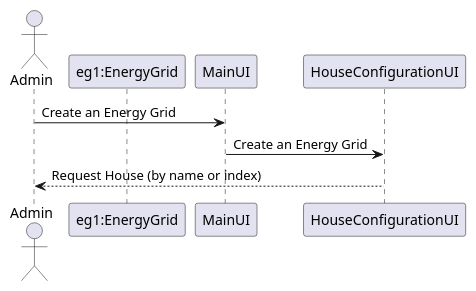
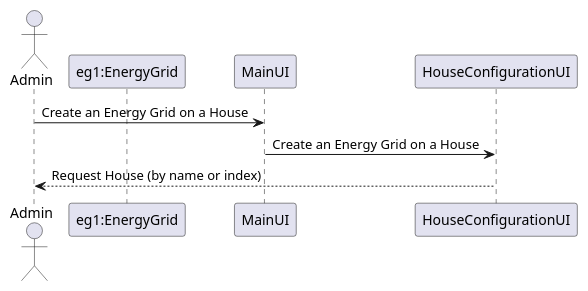
The diagram in src/main/java/pt/ipp/isep/dei/project/controller/US130.puml (Almadanmp/project), drawn with PlantUML before and after one commit. The commit also changed 1 other file, not shown here.

```diff
--- a/src/main/java/pt/ipp/isep/dei/project/controller/US130.puml
+++ b/src/main/java/pt/ipp/isep/dei/project/controller/US130.puml
@@ -1,8 +1,8 @@
 @startuml
 actor Admin
 participant "eg1:EnergyGrid"
 
-Admin -> MainUI: Create an Energy Grid
-MainUI -> HouseConfigurationUI: Create an Energy Grid
+Admin -> MainUI: Create an Energy Grid on a House
+MainUI -> HouseConfigurationUI: Create an Energy Grid on a House
 HouseConfigurationUI --> Admin: Request House (by name or index)
 @enduml
```
